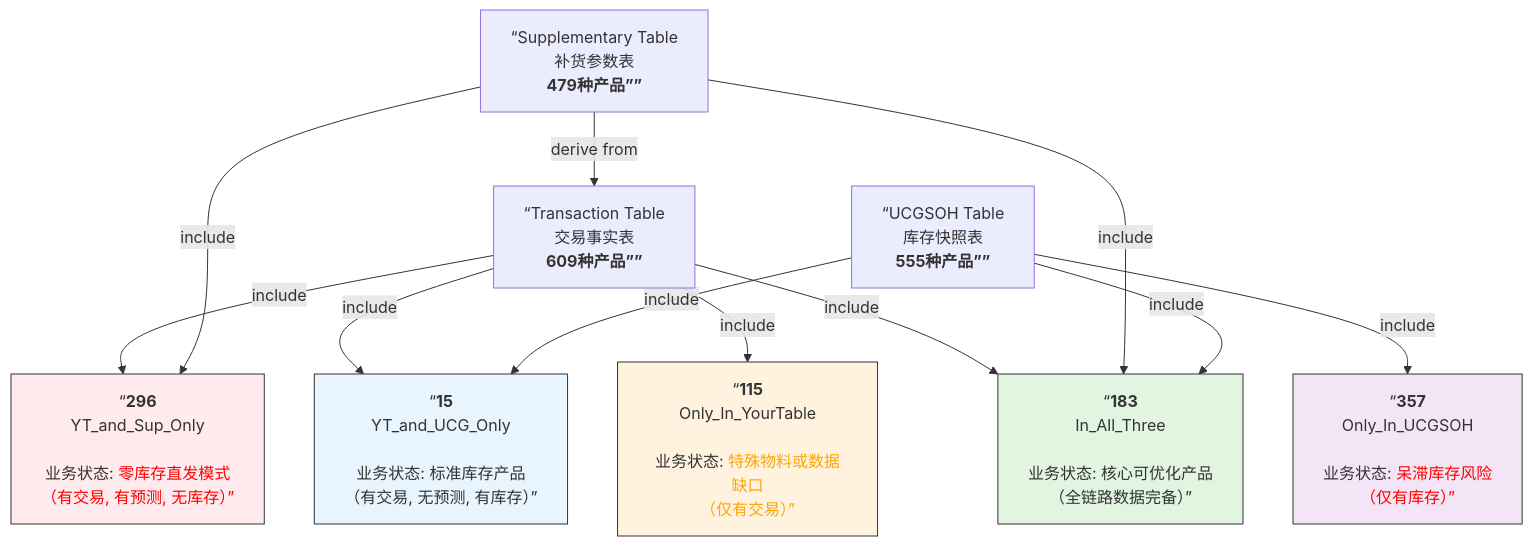
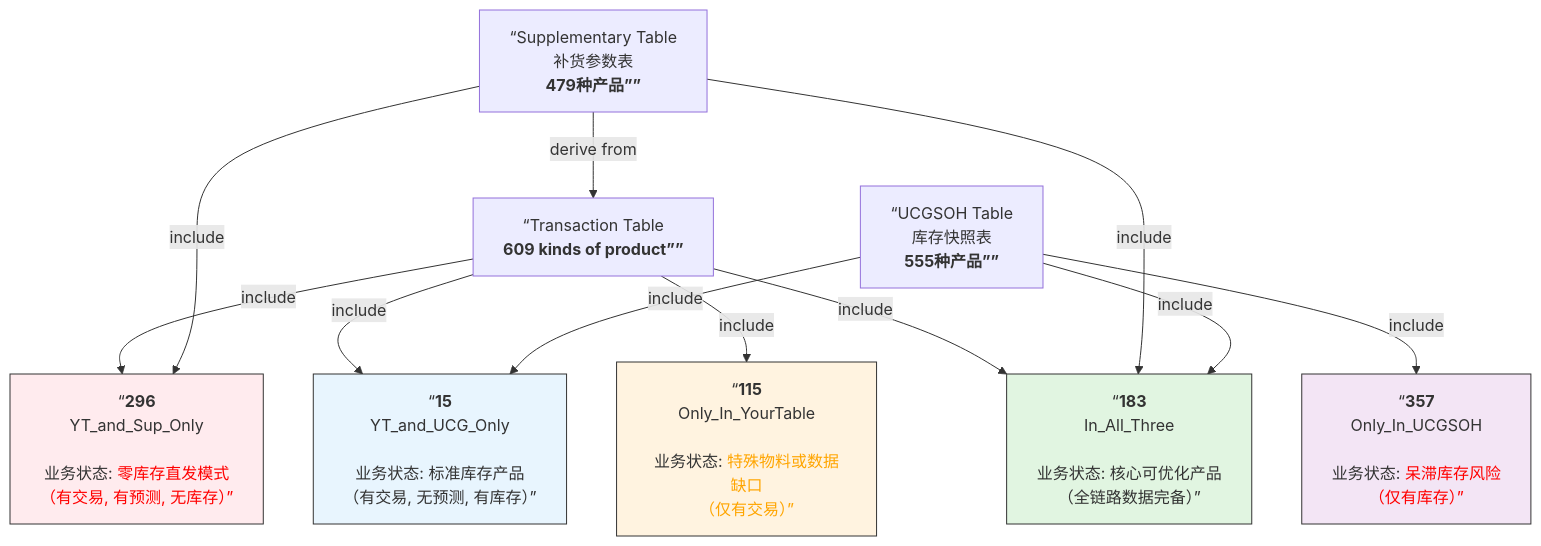
One commit to Inessa-YG/Marketing changed the diagram in Telecommunication/Table relationships by productcode.md. Above: the diagram before and after it, drawn with Mermaid.

Commit message:
Update product description in transaction table

````diff
--- a/Telecommunication/Table relationships by productcode.md
+++ b/Telecommunication/Table relationships by productcode.md
@@ -1,37 +1,37 @@
 ```mermaid
 flowchart TD
-    A[“Transaction Table<br>交易事实表<br><b>609种产品””]
+    A[“Transaction Table<br><b>609 kinds of product””]
 
     B[“Supplementary Table<br>补货参数表<br><b>479种产品””]
 
     C[“UCGSOH Table<br>库存快照表<br><b>555种产品””]
 
     AB[“<b>296</b><br>YT_and_Sup_Only<br><br>业务状态: <font color=red>零库存直发模式<br>（有交易, 有预测, 无库存）”]
 
     AC[“<b>15</b><br>YT_and_UCG_Only<br><br>业务状态: 标准库存产品<br>（有交易, 无预测, 有库存）”]
 
     A_Only[“<b>115</b><br>Only_In_YourTable<br><br>业务状态: <font color=orange>特殊物料或数据缺口<br>（仅有交易）”]
 
     C_Only[“<b>357</b><br>Only_In_UCGSOH<br><br>业务状态: <font color=red>呆滞库存风险<br>（仅有库存）”]
 
     ABC[“<b>183</b><br>In_All_Three<br><br>业务状态: 核心可优化产品<br>（全链路数据完备）”]
 
     A -->|include| AB
     A -->|include| AC
     A -->|include| A_Only
     A -->|include| ABC
 
     B -->|derive from| A
     B -->|include| AB
     B -->|include| ABC
 
     C -->|include| AC
     C -->|include| C_Only
     C -->|include| ABC
 
     style ABC fill:#e1f5e1,stroke:#333
     style AB fill:#ffebee,stroke:#333
     style A_Only fill:#fff3e0,stroke:#333
     style C_Only fill:#f3e5f5,stroke:#333
     style AC fill:#e8f5fe,stroke:#333
 ```
````
